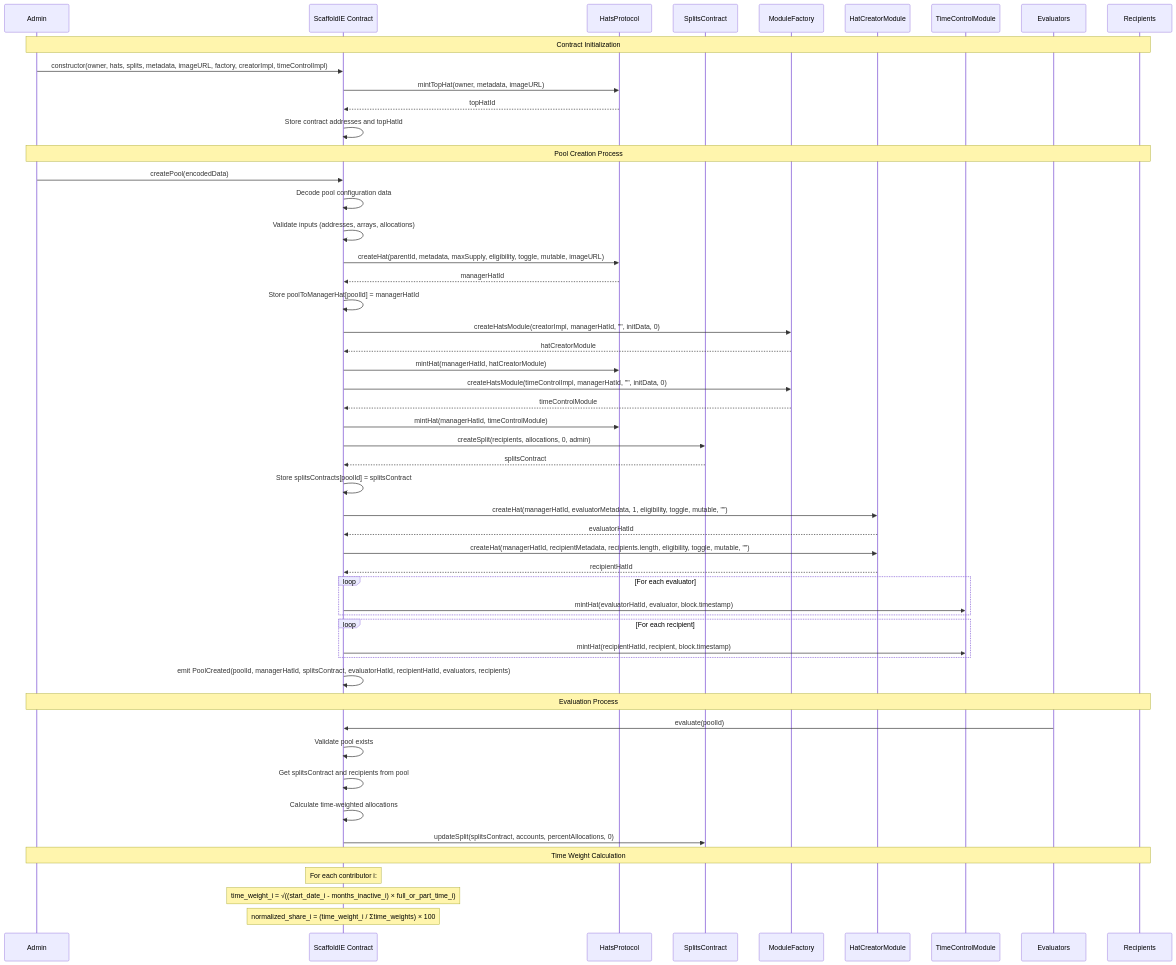
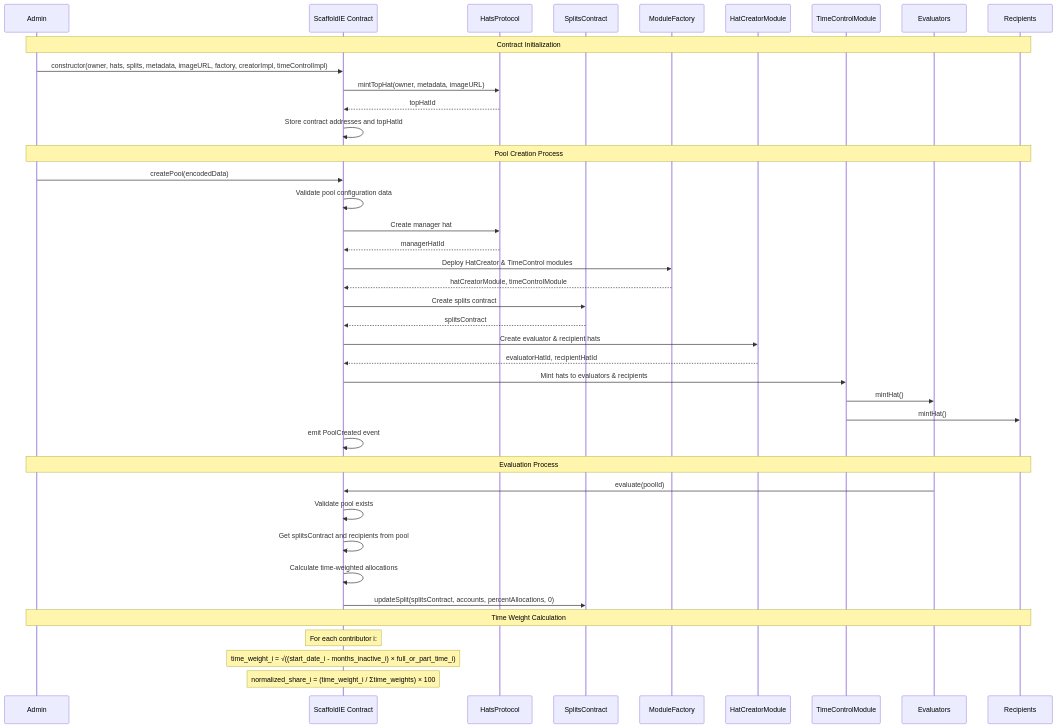
The diagram in README.md (tnkshuuhei/ie-framework), drawn with Mermaid before and after one commit.

Commit message:
refactor: update sequence diagram in README.md to clarify pool creation and evaluation steps

````diff
--- a/README.md
+++ b/README.md
@@ -77,67 +77,52 @@
 ```mermaid
 sequenceDiagram
     participant Admin
     participant IE as ScaffoldIE Contract
     participant Hats as HatsProtocol
     participant Splits as SplitsContract
     participant Factory as ModuleFactory
     participant Creator as HatCreatorModule
     participant TimeControl as TimeControlModule
     participant Evaluators
     participant Recipients
 
     Note over Admin,Recipients: Contract Initialization
     Admin->>IE: constructor(owner, hats, splits, metadata, imageURL, factory, creatorImpl, timeControlImpl)
     IE->>Hats: mintTopHat(owner, metadata, imageURL)
     Hats-->>IE: topHatId
     IE->>IE: Store contract addresses and topHatId
 
     Note over Admin,Recipients: Pool Creation Process
     Admin->>IE: createPool(encodedData)
-    IE->>IE: Decode pool configuration data
-    IE->>IE: Validate inputs (addresses, arrays, allocations)
+    IE->>IE: Validate pool configuration data
 
-    IE->>Hats: createHat(parentId, metadata, maxSupply, eligibility, toggle, mutable, imageURL)
+    IE->>Hats: Create manager hat
     Hats-->>IE: managerHatId
-    IE->>IE: Store poolToManagerHat[poolId] = managerHatId
 
-    IE->>Factory: createHatsModule(creatorImpl, managerHatId, "", initData, 0)
-    Factory-->>IE: hatCreatorModule
-    IE->>Hats: mintHat(managerHatId, hatCreatorModule)
+    IE->>Factory: Deploy HatCreator & TimeControl modules
+    Factory-->>IE: hatCreatorModule, timeControlModule
 
-    IE->>Factory: createHatsModule(timeControlImpl, managerHatId, "", initData, 0)
-    Factory-->>IE: timeControlModule
-    IE->>Hats: mintHat(managerHatId, timeControlModule)
+    IE->>Splits: Create splits contract
+    Splits-->>IE: splitsContract
 
-    IE->>Splits: createSplit(recipients, allocations, 0, admin)
-    Splits-->>IE: splitsContract
-    IE->>IE: Store splitsContracts[poolId] = splitsContract
+    IE->>Creator: Create evaluator & recipient hats
+    Creator-->>IE: evaluatorHatId, recipientHatId
 
-    IE->>Creator: createHat(managerHatId, evaluatorMetadata, 1, eligibility, toggle, mutable, "")
-    Creator-->>IE: evaluatorHatId
+    IE->>TimeControl: Mint hats to evaluators & recipients
+		TimeControl ->> Evaluators: mintHat()
+		TimeControl ->> Recipients: mintHat()
 
-    IE->>Creator: createHat(managerHatId, recipientMetadata, recipients.length, eligibility, toggle, mutable, "")
-    Creator-->>IE: recipientHatId
-
-    loop For each evaluator
-        IE->>TimeControl: mintHat(evaluatorHatId, evaluator, block.timestamp)
-    end
-
-    loop For each recipient
-        IE->>TimeControl: mintHat(recipientHatId, recipient, block.timestamp)
-    end
-
-    IE->>IE: emit PoolCreated(poolId, managerHatId, splitsContract, evaluatorHatId, recipientHatId, evaluators, recipients)
+    IE->>IE: emit PoolCreated event
 
     Note over Admin,Recipients: Evaluation Process
     Evaluators->>IE: evaluate(poolId)
     IE->>IE: Validate pool exists
     IE->>IE: Get splitsContract and recipients from pool
     IE->>IE: Calculate time-weighted allocations
     IE->>Splits: updateSplit(splitsContract, accounts, percentAllocations, 0)
 
     Note over Admin,Recipients: Time Weight Calculation
     Note over IE: For each contributor i:
     Note over IE: time_weight_i = √((start_date_i - months_inactive_i) × full_or_part_time_i)
     Note over IE: normalized_share_i = (time_weight_i / Σtime_weights) × 100
 ```
````
